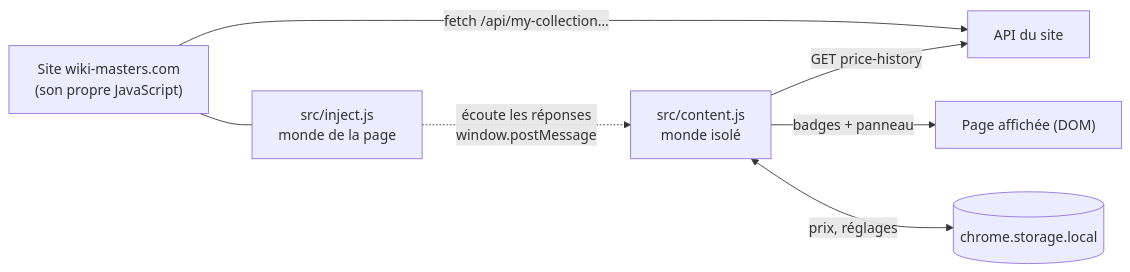
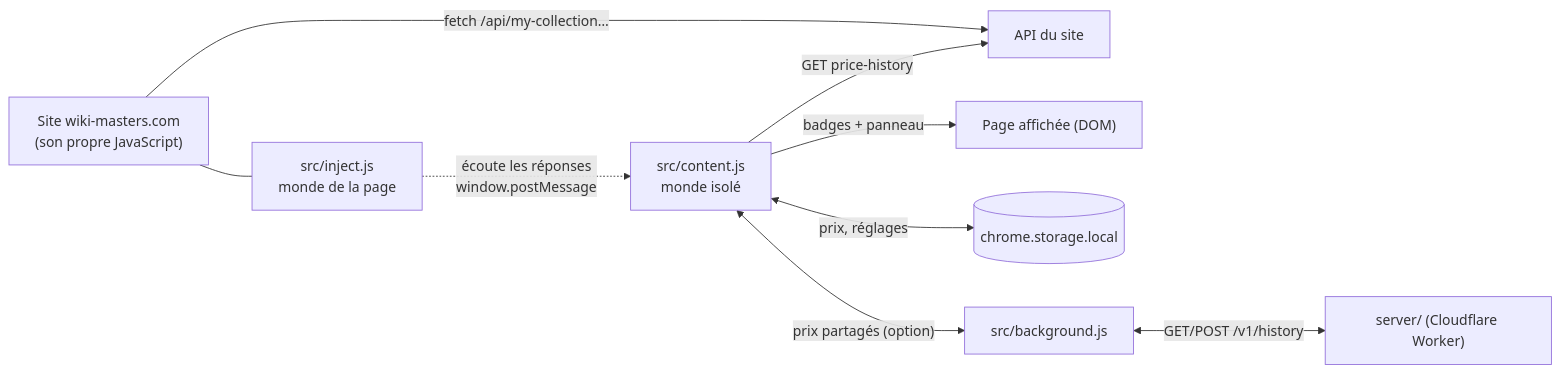
The diagram in README.md (MaKSiiMe/WikiMastered-extension), drawn with Mermaid before and after one commit. The commit also changed other lines of this file and 16 other files, not shown here.

First line of the commit message:
0.5.0 : prix partagés entre participants (essai), serveur Cloudflare Worker (#41)

````diff
--- a/README.md
+++ b/README.md
@@ -72,9 +78,11 @@
 ```mermaid
 flowchart LR
     S["Site wiki-masters.com<br/>(son propre JavaScript)"] -->|"fetch /api/my-collection…"| A["API du site"]
     I["src/inject.js<br/>monde de la page"] -. "écoute les réponses<br/>window.postMessage" .-> C["src/content.js<br/>monde isolé"]
     S --- I
     C -->|"GET price-history"| A
     C -->|"badges + panneau"| D["Page affichée (DOM)"]
     C <-->|"prix, réglages"| ST[("chrome.storage.local")]
+    C <-->|"prix partagés (option)"| B["src/background.js"]
+    B <-->|"GET/POST /v1/history"| W["server/ (Cloudflare Worker)"]
 ```
````
